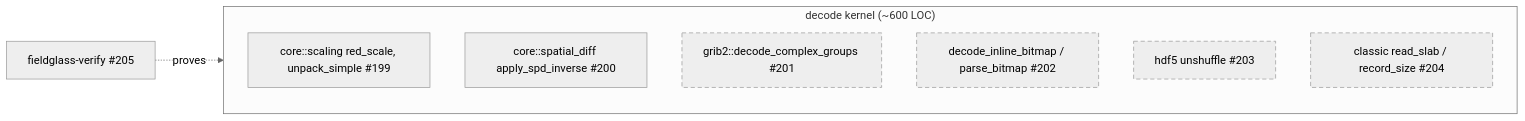
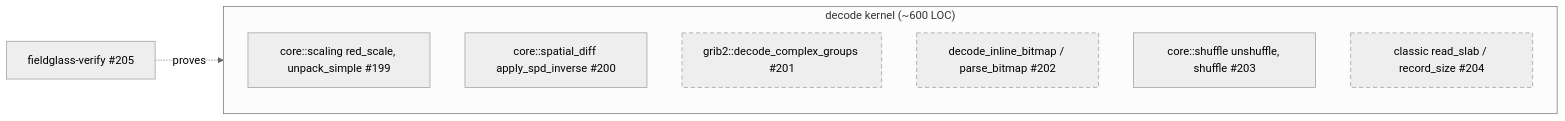
One commit to D0ubleD0uble/fieldglass changed the sixth of 6 diagrams in docs/architecture/planned/02-trait-seams.md. Above: the diagram before and after it, drawn with Mermaid (neutral theme). The commit also changed other lines of this file and 9 other files, not shown here.

First line of the commit message:
feat(verify): hoist the byte shuffle into core and prove it in place

````diff
--- a/docs/architecture/planned/02-trait-seams.md
+++ b/docs/architecture/planned/02-trait-seams.md
@@ -397,14 +398,14 @@
 ```mermaid
 flowchart LR
     subgraph kernel["decode kernel (~600 LOC)"]
         t1a["core::scaling red_scale, unpack_simple #199"]
         t1b["core::spatial_diff apply_spd_inverse #200"]
         t1c["grib2::decode_complex_groups #201"]
         t2a["decode_inline_bitmap / parse_bitmap #202"]
-        t2b["hdf5 unshuffle #203"]
+        t2b["core::shuffle unshuffle, shuffle #203"]
         t3["classic read_slab / record_size #204"]
     end
     verify["fieldglass-verify #205"] -. proves .-> kernel
     classDef planned stroke-dasharray: 6 4
-    class t1c,t2a,t2b,t3 planned
+    class t1c,t2a,t3 planned
 ```
````
